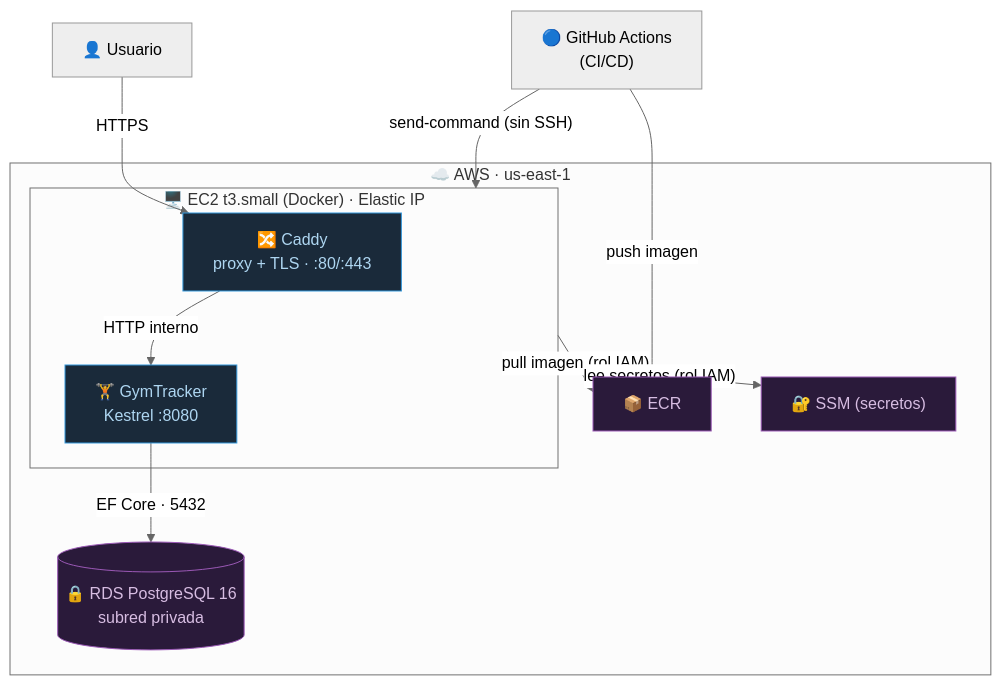
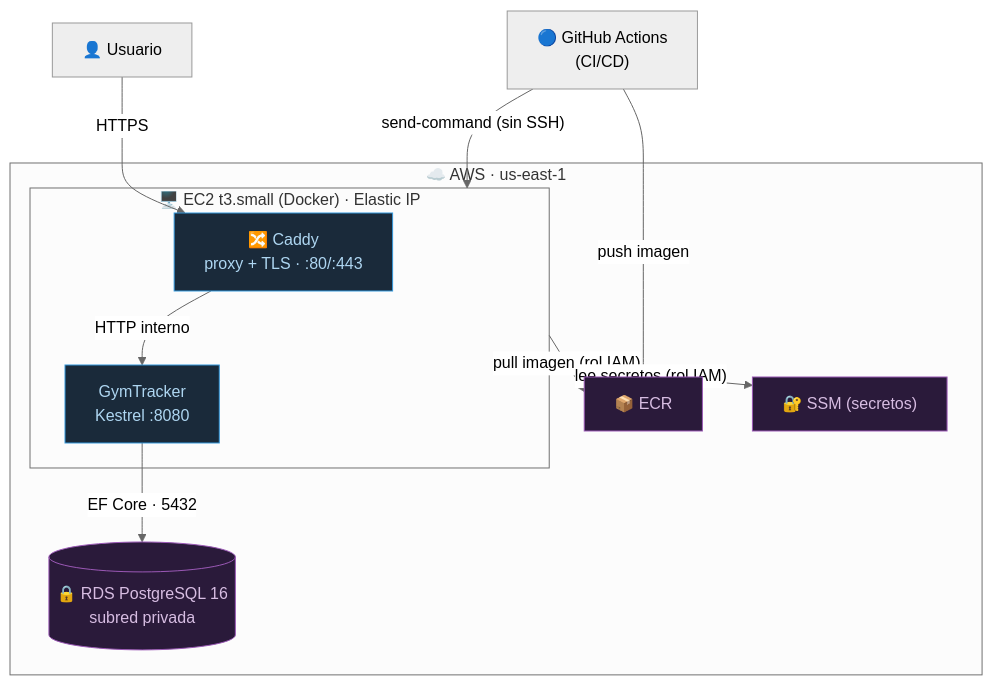
The second of 2 diagrams in README.md (Fernando-Castro-Hernandez/GymTracker), drawn with Mermaid (neutral theme) before and after one commit. The commit also changed other lines of this file and 1 other file, not shown here.

First line of the commit message:
docs: conecta el dominio gymtrackers.app con HTTPS

````diff
--- a/README.md
+++ b/README.md
@@ -434,28 +437,28 @@
 ```mermaid
 flowchart TB
     usuario["👤 Usuario"]
     gha["🔵 GitHub Actions<br/>(CI/CD)"]
 
     subgraph aws["☁️ AWS · us-east-1"]
         subgraph ec2["🖥️ EC2 t3.small (Docker) · Elastic IP"]
             caddy["🔀 Caddy<br/>proxy + TLS · :80/:443"]
-            app["🏋️ GymTracker<br/>Kestrel :8080"]
+            app["GymTracker<br/>Kestrel :8080"]
             caddy -->|"HTTP interno"| app
         end
         rds[("🔒 RDS PostgreSQL 16<br/>subred privada")]
         ecr["📦 ECR"]
         ssm["🔐 SSM (secretos)"]
         app -->|"EF Core · 5432"| rds
     end
 
     usuario -->|"HTTPS"| caddy
     gha -->|"push imagen"| ecr
     gha -->|"send-command (sin SSH)"| ec2
     ec2 -->|"pull imagen (rol IAM)"| ecr
     ec2 -->|"lee secretos (rol IAM)"| ssm
 
     classDef appc fill:#1a2a3a,stroke:#3498db,color:#aed6f1
     classDef data fill:#2a1a3a,stroke:#9b59b6,color:#d7bde2
     class caddy,app appc
     class rds,ecr,ssm data
 ```
````
